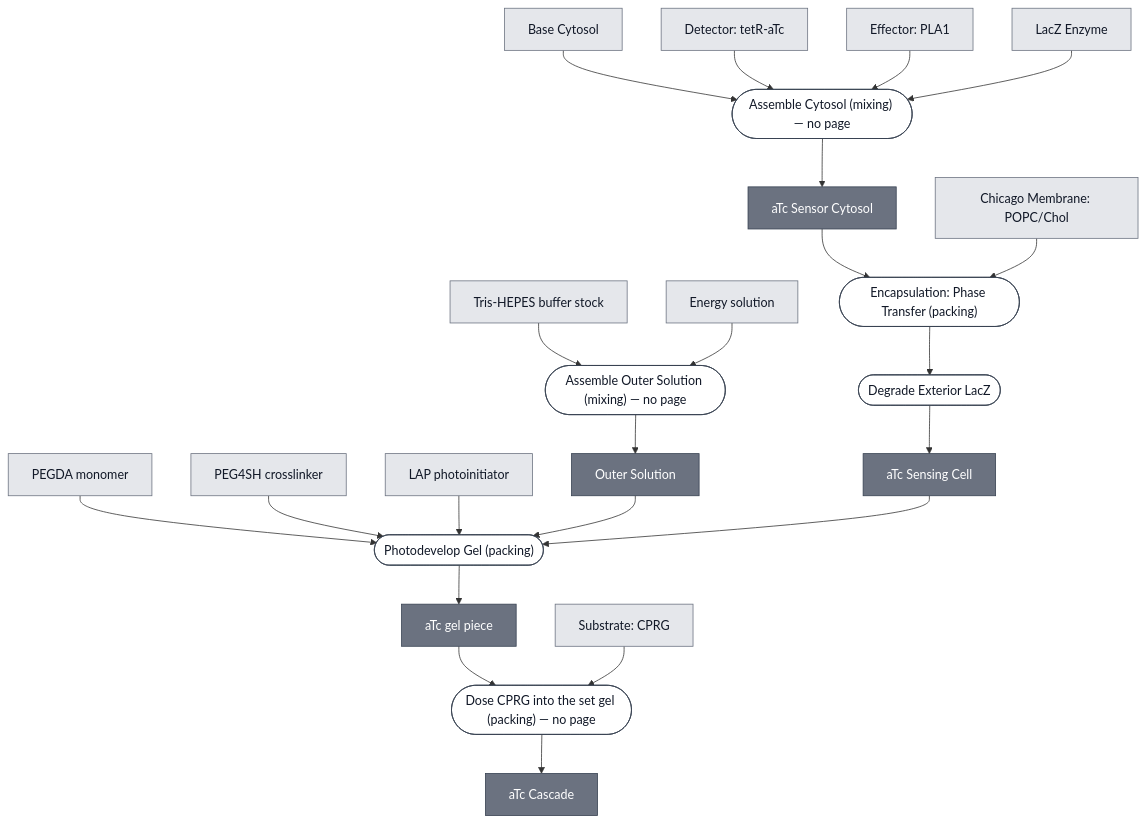
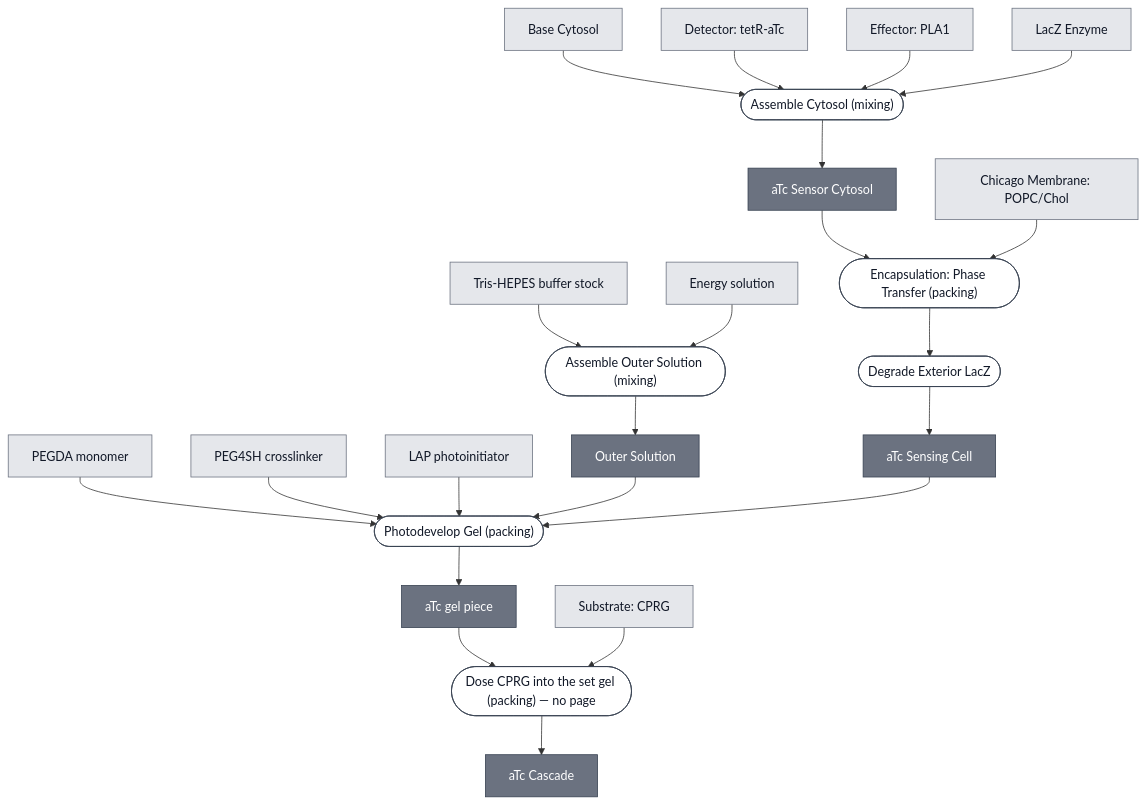
One commit to nucleus-eng/nucleus-docs changed the diagram in docs/modules/atc-cascade/spec.md. Above: the diagram before and after it, drawn with Mermaid. The commit also changed 26 other files, not shown here.

````diff
--- a/docs/modules/atc-cascade/spec.md
+++ b/docs/modules/atc-cascade/spec.md
@@ -34,74 +34,76 @@
 ```mermaid
 flowchart TD
     BASE_CYTOSOL["Base Cytosol"]
     DETECTOR_TETR_ATC["Detector: tetR-aTc"]
     EFFECTOR_PLA1["Effector: PLA1"]
     REPORTER_LACZ_ENZYME["LacZ Enzyme"]
     MEMBRANE_CHICAGO["Chicago Membrane: POPC/Chol"]
     SUBSTRATE_CPRG["Substrate: CPRG"]
     TRIS_HEPES_STOCK["Tris-HEPES buffer stock"]
     ENERGY_SOLUTION["Energy solution"]
     PEGDA_MONOMER["PEGDA monomer"]
     PEG4SH["PEG4SH crosslinker"]
     LAP["LAP photoinitiator"]
 
-    P1_ASSEMBLE_OUTER_SOLUTION_0(["Assemble Outer Solution (mixing) — no page"])
+    P1_ASSEMBLE_OUTER_SOLUTION_0(["Assemble Outer Solution (mixing)"])
     CHICAGO_OUTER_SOLUTION["Outer Solution"]
-    P2_ASSEMBLE_CYTOSOL_0(["Assemble Cytosol (mixing) — no page"])
+    P2_ASSEMBLE_CYTOSOL_0(["Assemble Cytosol (mixing)"])
     ATC_SENSOR_CYTOSOL["aTc Sensor Cytosol"]
     P3_ENCAPSULATE_0(["Encapsulation: Phase Transfer (packing)"])
     P3_ENCAPSULATE_1(["Degrade Exterior LacZ"])
     ATC_SENSING_CELL["aTc Sensing Cell"]
     P4_PHOTODEVELOP_GEL_0(["Photodevelop Gel (packing)"])
     ATC_GEL["aTc gel piece"]
     P5_DOSE_CPRG_0(["Dose CPRG into the set gel (packing) — no page"])
     ATC_CASCADE["aTc Cascade"]
 
     TRIS_HEPES_STOCK --> P1_ASSEMBLE_OUTER_SOLUTION_0
     ENERGY_SOLUTION --> P1_ASSEMBLE_OUTER_SOLUTION_0
     P1_ASSEMBLE_OUTER_SOLUTION_0 --> CHICAGO_OUTER_SOLUTION
 
     BASE_CYTOSOL --> P2_ASSEMBLE_CYTOSOL_0
     DETECTOR_TETR_ATC --> P2_ASSEMBLE_CYTOSOL_0
     EFFECTOR_PLA1 --> P2_ASSEMBLE_CYTOSOL_0
     REPORTER_LACZ_ENZYME --> P2_ASSEMBLE_CYTOSOL_0
     P2_ASSEMBLE_CYTOSOL_0 --> ATC_SENSOR_CYTOSOL
 
     ATC_SENSOR_CYTOSOL --> P3_ENCAPSULATE_0
     MEMBRANE_CHICAGO --> P3_ENCAPSULATE_0
     P3_ENCAPSULATE_0 --> P3_ENCAPSULATE_1
     P3_ENCAPSULATE_1 --> ATC_SENSING_CELL
 
     PEGDA_MONOMER --> P4_PHOTODEVELOP_GEL_0
     PEG4SH --> P4_PHOTODEVELOP_GEL_0
     LAP --> P4_PHOTODEVELOP_GEL_0
     CHICAGO_OUTER_SOLUTION --> P4_PHOTODEVELOP_GEL_0
     ATC_SENSING_CELL --> P4_PHOTODEVELOP_GEL_0
     P4_PHOTODEVELOP_GEL_0 --> ATC_GEL
 
     ATC_GEL --> P5_DOSE_CPRG_0
     SUBSTRATE_CPRG --> P5_DOSE_CPRG_0
     P5_DOSE_CPRG_0 --> ATC_CASCADE
 
 
     classDef leaf     fill:#e5e7eb,stroke:#6b7280,color:#111827;
     classDef composed fill:#6b7280,stroke:#374151,color:#ffffff;
     classDef process  fill:#ffffff,stroke:#374151,color:#111827;
     class BASE_CYTOSOL,DETECTOR_TETR_ATC,EFFECTOR_PLA1,REPORTER_LACZ_ENZYME,MEMBRANE_CHICAGO,SUBSTRATE_CPRG,TRIS_HEPES_STOCK,ENERGY_SOLUTION,PEGDA_MONOMER,PEG4SH,LAP leaf;
     class CHICAGO_OUTER_SOLUTION,ATC_SENSOR_CYTOSOL,ATC_SENSING_CELL,ATC_GEL,ATC_CASCADE composed;
     class P1_ASSEMBLE_OUTER_SOLUTION_0,P2_ASSEMBLE_CYTOSOL_0,P3_ENCAPSULATE_0,P3_ENCAPSULATE_1,P4_PHOTODEVELOP_GEL_0,P5_DOSE_CPRG_0 process;
 
     click BASE_CYTOSOL "/docs/modules/base-cytosol/spec"
     click DETECTOR_TETR_ATC "/docs/modules/detector-tetr-atc/spec"
     click EFFECTOR_PLA1 "/docs/modules/effector-pla1/spec"
     click REPORTER_LACZ_ENZYME "/docs/modules/reporter-lacz-enzyme/spec"
     click MEMBRANE_CHICAGO "/docs/modules/membrane-popc-chol-chicago/spec"
     click SUBSTRATE_CPRG "/docs/modules/substrate-cprg/spec"
     click PEGDA_MONOMER "/docs/modules/gel-pegda/spec"
+    click P1_ASSEMBLE_OUTER_SOLUTION_0 "/docs/processes/assemble-outer-solution/main"
+    click P2_ASSEMBLE_CYTOSOL_0 "/docs/processes/assemble-cytosol/assemble-cytosol-main"
     click ATC_SENSOR_CYTOSOL "/docs/modules/atc-sensor-cytosol/spec"
     click P3_ENCAPSULATE_0 "/docs/processes/assemble-base-cell/main"
     click P3_ENCAPSULATE_1 "/docs/processes/degrade-exterior-lacz/main"
     click ATC_SENSING_CELL "/docs/modules/atc-sensing-cell/spec"
     click P4_PHOTODEVELOP_GEL_0 "/docs/processes/photodevelop-gel/main"
     click ATC_CASCADE "/docs/modules/atc-cascade/spec"
 ```
````
